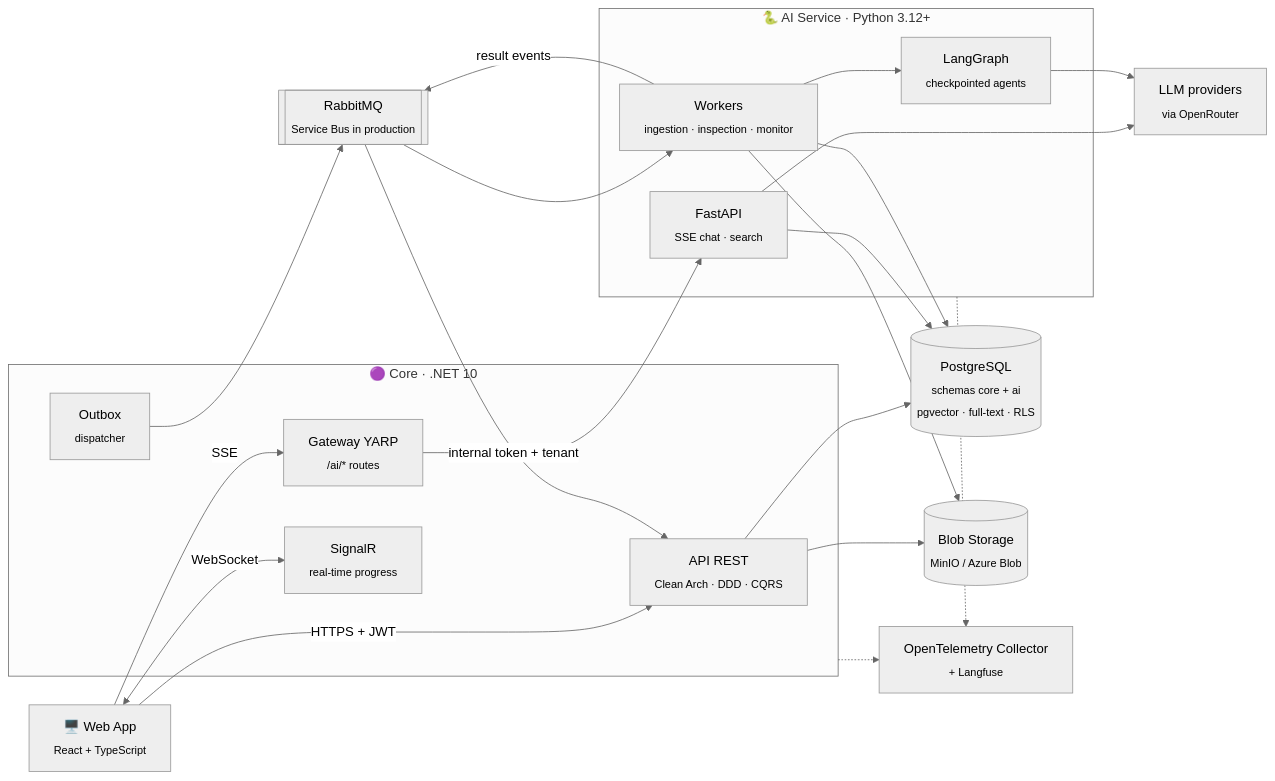
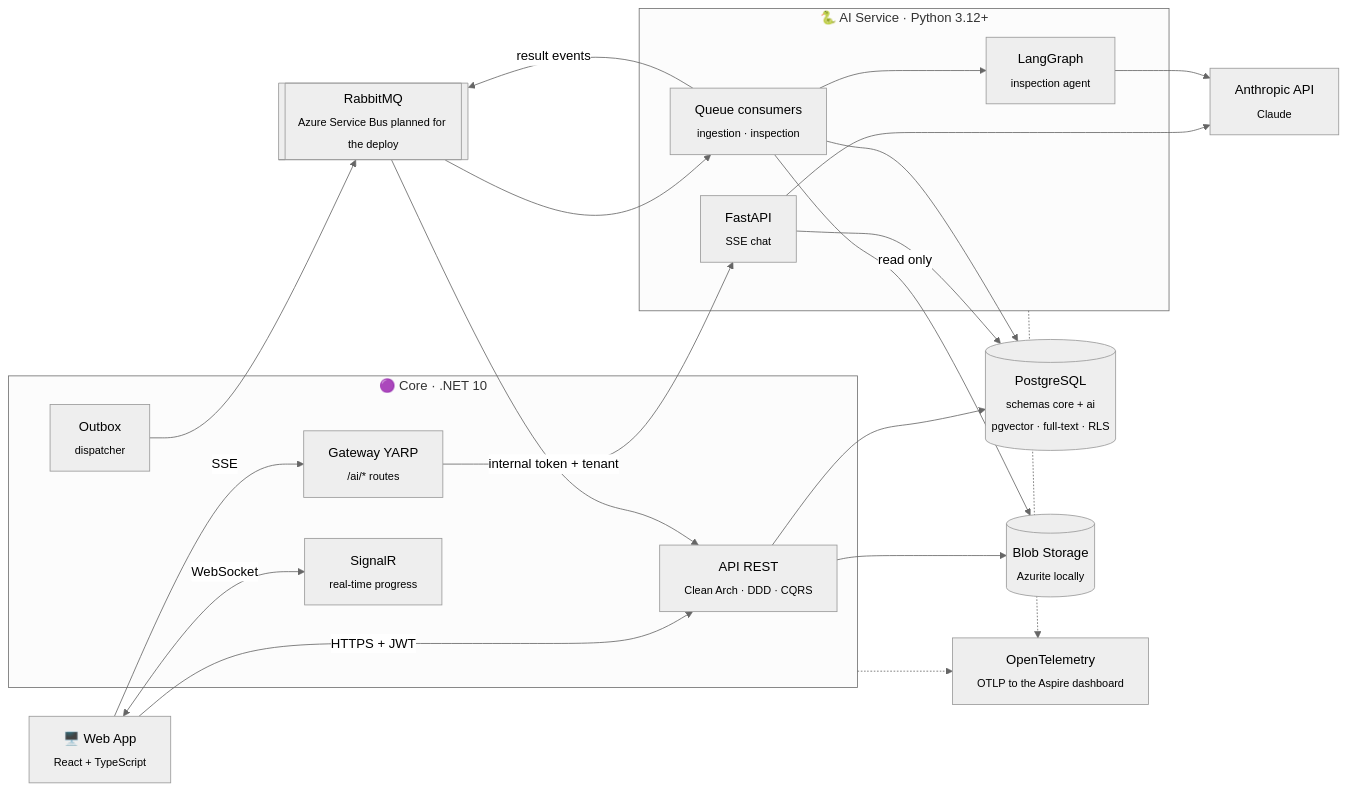
The first of 5 diagrams in README.md (KauaVilasBoas/Normetry), drawn with Mermaid (neutral theme) before and after one commit. The commit also changed other lines of this file and 4 other files, not shown here.

````diff
--- a/README.md
+++ b/README.md
@@ -112,42 +120,42 @@
 ```mermaid
 flowchart LR
     WEB["🖥️ Web App<br/><sub>React + TypeScript</sub>"]
 
     subgraph CORE["🟣 Core · .NET 10"]
         API["API REST<br/><sub>Clean Arch · DDD · CQRS</sub>"]
         YARP["Gateway YARP<br/><sub>/ai/* routes</sub>"]
         HUB["SignalR<br/><sub>real-time progress</sub>"]
         OUTBOX["Outbox<br/><sub>dispatcher</sub>"]
     end
 
     subgraph AI["🐍 AI Service · Python 3.12+"]
-        FAST["FastAPI<br/><sub>SSE chat · search</sub>"]
-        WORKER["Workers<br/><sub>ingestion · inspection · monitor</sub>"]
-        GRAPH["LangGraph<br/><sub>checkpointed agents</sub>"]
+        FAST["FastAPI<br/><sub>SSE chat</sub>"]
+        WORKER["Queue consumers<br/><sub>ingestion · inspection</sub>"]
+        GRAPH["LangGraph<br/><sub>inspection agent</sub>"]
     end
 
     PG[("PostgreSQL<br/><sub>schemas core + ai<br/>pgvector · full-text · RLS</sub>")]
-    MQ[["RabbitMQ<br/><sub>Service Bus in production</sub>"]]
-    BLOB[("Blob Storage<br/><sub>MinIO / Azure Blob</sub>")]
-    LLM["LLM providers<br/><sub>via OpenRouter</sub>"]
-    OBS["OpenTelemetry Collector<br/><sub>+ Langfuse</sub>"]
+    MQ[["RabbitMQ<br/><sub>Azure Service Bus planned for the deploy</sub>"]]
+    BLOB[("Blob Storage<br/><sub>Azurite locally</sub>")]
+    LLM["Anthropic API<br/><sub>Claude</sub>"]
+    OBS["OpenTelemetry<br/><sub>OTLP to the Aspire dashboard</sub>"]
 
     WEB -->|HTTPS + JWT| API
     WEB -->|SSE| YARP
     WEB <-->|WebSocket| HUB
     YARP -->|internal token + tenant| FAST
     API --> PG
     API --> BLOB
     OUTBOX --> MQ
     MQ --> WORKER
     WORKER -->|result events| MQ
     MQ --> API
     WORKER --> GRAPH
     FAST --> PG
     WORKER --> PG
-    WORKER --> BLOB
+    WORKER -->|read only| BLOB
     FAST --> LLM
     GRAPH --> LLM
     CORE -.-> OBS
     AI -.-> OBS
 ```
````
